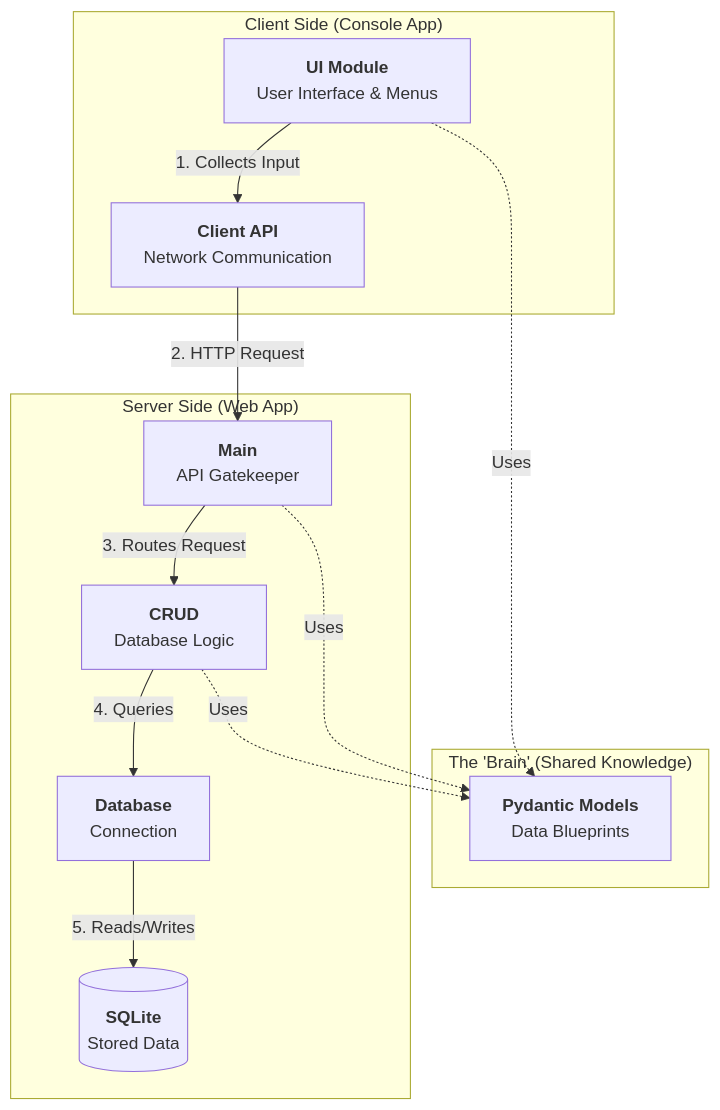
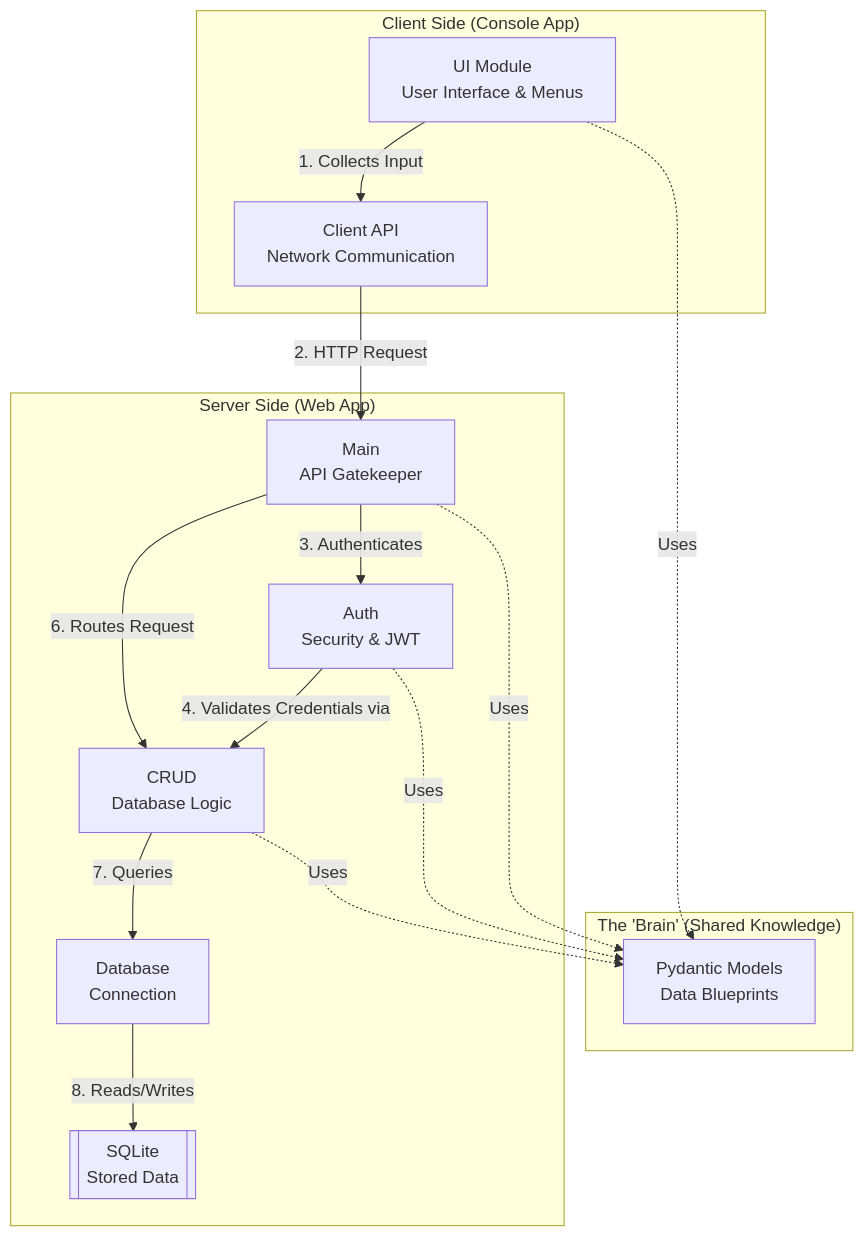
Before and after one commit to GitGitRice/social-media-app: the diagram in docs/architecture.md, drawn with Mermaid. The commit also changed other lines of this file, not shown here.

Commit message:
first version of architecture.md with auth module included

````diff
--- a/docs/architecture.md
+++ b/docs/architecture.md
@@ -14,30 +14,34 @@
 ```mermaid
 graph TD
     subgraph "Client Side (Console App)"
-        UI[<b>UI Module</b><br/>User Interface & Menus]
-        CAPI[<b>Client API</b><br/>Network Communication]
+        UI["UI Module<br/>User Interface &amp; Menus"]
+        CAPI["Client API<br/>Network Communication"]
     end
 
     subgraph "The 'Brain' (Shared Knowledge)"
-        Models[<b>Pydantic Models</b><br/>Data Blueprints]
+        Models["Pydantic Models<br/>Data Blueprints"]
     end
 
     subgraph "Server Side (Web App)"
-        Main[<b>Main</b><br/>API Gatekeeper]
-        CRUD[<b>CRUD</b><br/>Database Logic]
-        DB[<b>Database</b><br/>Connection]
-        SQLite[(<b>SQLite</b><br/>Stored Data)]
+        Main["Main<br/>API Gatekeeper"]
+        Auth["Auth<br/>Security &amp; JWT"]
+        CRUD["CRUD<br/>Database Logic"]
+        DB["Database<br/>Connection"]
+        SQLite[["SQLite<br/>Stored Data"]]
     end
 
     %% Interactions
     UI -->|1. Collects Input| CAPI
     CAPI -->|2. HTTP Request| Main
-    Main -->|3. Routes Request| CRUD
-    CRUD -->|4. Queries| DB
-    DB -->|5. Reads/Writes| SQLite
+    Main -->|3. Authenticates| Auth
+    Auth -->|4. Validates Credentials via| CRUD
+    Main -->|6. Routes Request| CRUD
+    CRUD -->|7. Queries| DB
+    DB -->|8. Reads/Writes| SQLite
     
     %% Shared Models
     UI -.->|Uses| Models
     Main -.->|Uses| Models
+    Auth -.->|Uses| Models
     CRUD -.->|Uses| Models
 ```
````
